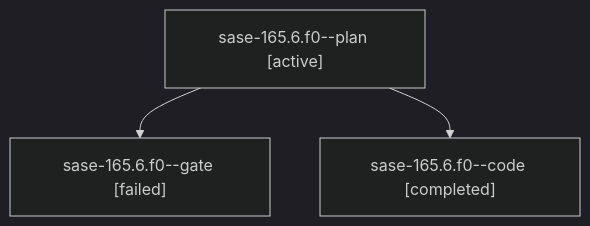
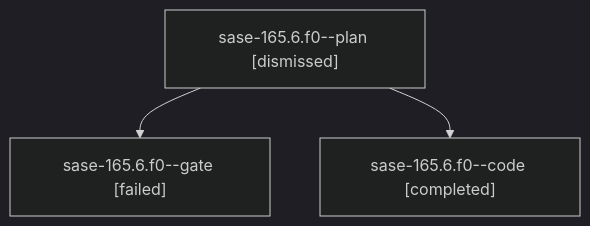
The diagram in sessions/bbugyi200.athena.sase-165.6.f0.md (sase-org/sase--agents), drawn with Mermaid (dark theme) before and after one commit. The commit also changed other lines of this file and 93 other files, not shown here.

````diff
--- a/sessions/bbugyi200.athena.sase-165.6.f0.md
+++ b/sessions/bbugyi200.athena.sase-165.6.f0.md
@@ -9,8 +9,8 @@
 ```mermaid
 flowchart TD
-  n0["sase-165.6.f0--plan [active]"]
+  n0["sase-165.6.f0--plan [dismissed]"]
   n1["sase-165.6.f0--gate [failed]"]
   n0 --> n1
   n2["sase-165.6.f0--code [completed]"]
   n0 --> n2
 ```
````
